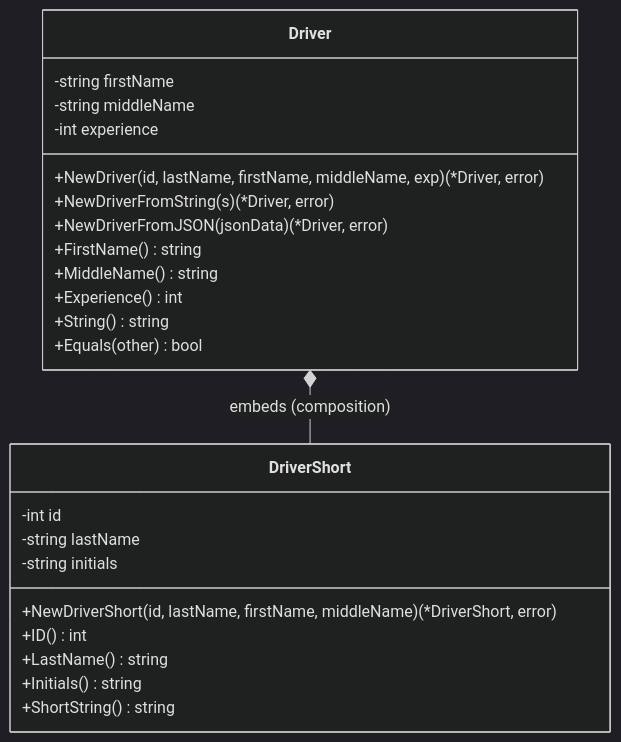
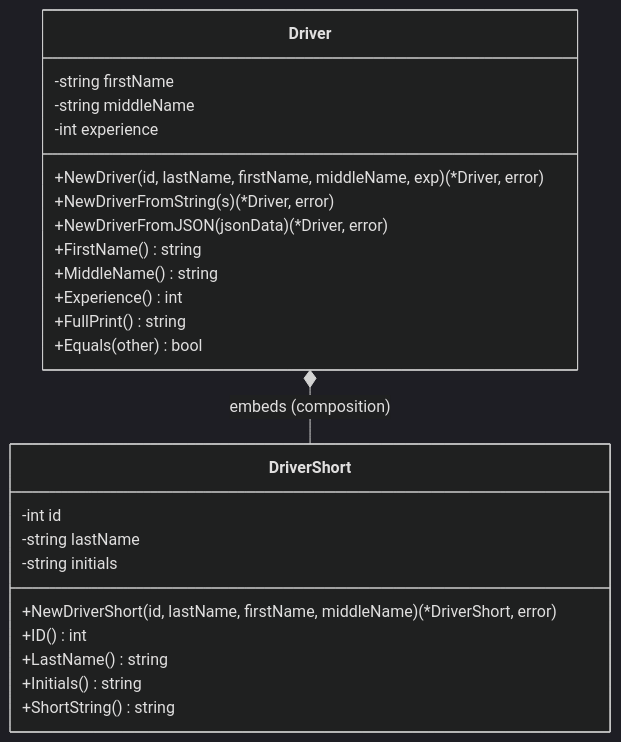
One commit to sondernce/kubsu-info-systems-design changed the diagram in lab01/driver_class_diagram.md. Above: the diagram before and after it, drawn with Mermaid (dark theme). The commit also changed 1 other file, not shown here.

````diff
--- a/lab01/driver_class_diagram.md
+++ b/lab01/driver_class_diagram.md
@@ -1,29 +1,29 @@
 ```mermaid
 classDiagram
     class DriverShort {
         -int id
         -string lastName
         -string initials
         +NewDriverShort(id, lastName, firstName, middleName) (*DriverShort, error)
         +ID() int
         +LastName() string
         +Initials() string
         +ShortString() string
     }
 
     class Driver {
         -string firstName
         -string middleName
         -int experience
         +NewDriver(id, lastName, firstName, middleName, exp) (*Driver, error)
         +NewDriverFromString(s) (*Driver, error)
         +NewDriverFromJSON(jsonData) (*Driver, error)
         +FirstName() string
         +MiddleName() string
         +Experience() int
-        +String() string
+        +FullPrint() string
         +Equals(other) bool
     }
 
     Driver *-- DriverShort : embeds (composition)
 ```
````
